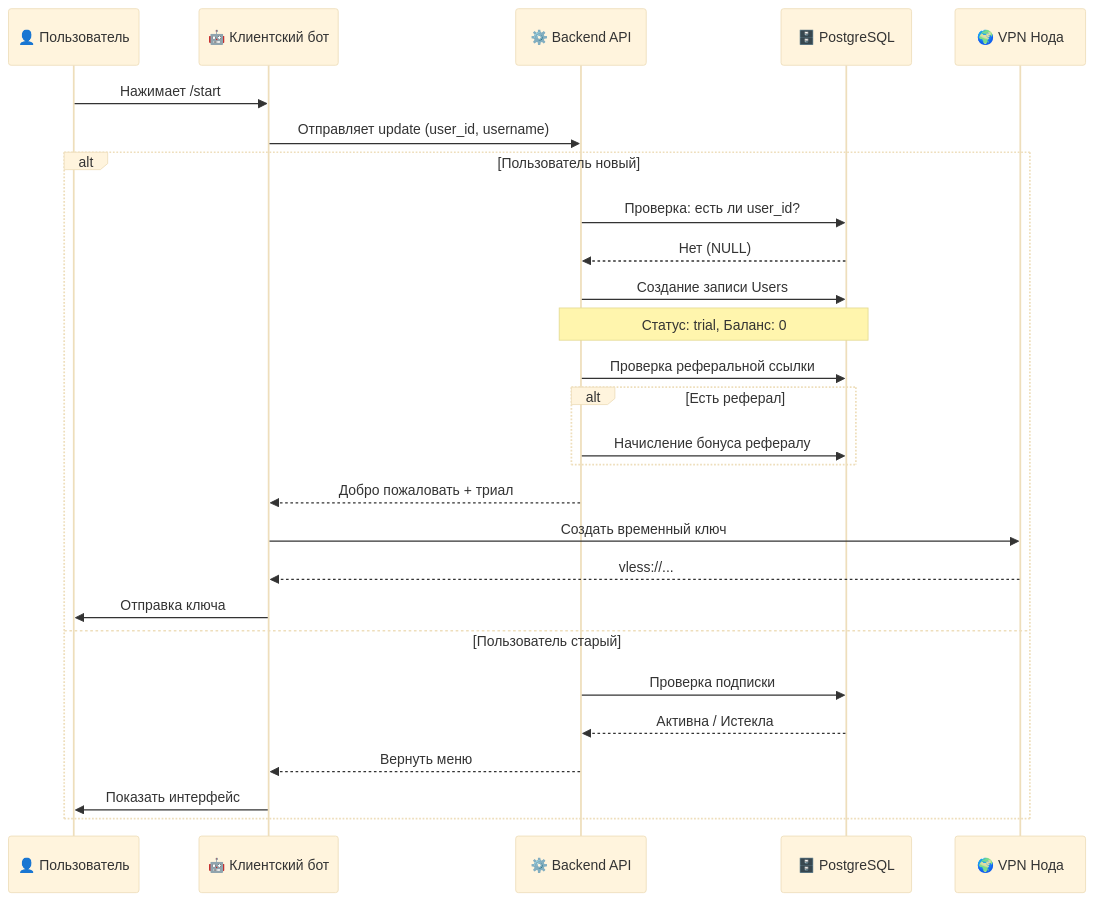
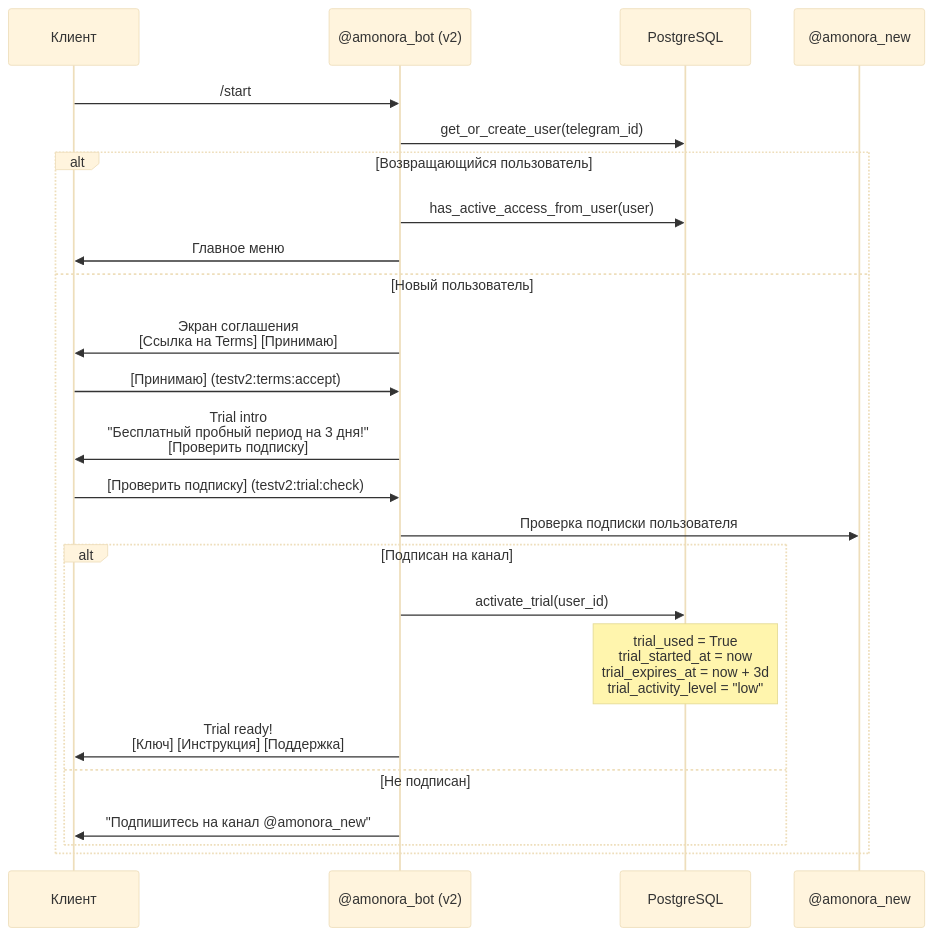
The diagram in docs/02-архитектура/потоки-данных/регистрация-и-триал.md (firefox0618/amonora), drawn with Mermaid (base theme) before and after one commit. The commit also changed other lines of this file and 62 other files, not shown here.

````diff
--- a/docs/02-архитектура/потоки-данных/регистрация-и-триал.md
+++ b/docs/02-архитектура/потоки-данных/регистрация-и-триал.md
@@ -7,34 +5,27 @@
 ```mermaid
 sequenceDiagram
-    participant User as 👤 Пользователь
-    participant Bot as 🤖 Клиентский бот
-    participant API as ⚙️ Backend API
-    participant DB as 🗄️ PostgreSQL
-    participant Node as 🌍 VPN Нода
+    participant User as Клиент
+    participant Bot as @amonora_bot (v2)
+    participant DB as PostgreSQL
+    participant Channel as @amonora_new
 
-    User->>Bot: Нажимает /start
-    Bot->>API: Отправляет update (user_id, username)
-    
-    alt Пользователь новый
-        API->>DB: Проверка: есть ли user_id?
-        DB-->>API: Нет (NULL)
-        
-        API->>DB: Создание записи Users
-        Note over API,DB: Статус: trial, Баланс: 0
-        
-        API->>DB: Проверка реферальной ссылки
-        alt Есть реферал
-            API->>DB: Начисление бонуса рефералу
+    User->>Bot: /start
+    Bot->>DB: get_or_create_user(telegram_id)
+    alt Возвращающийся пользователь
+        Bot->>DB: has_active_access_from_user(user)
+        Bot->>User: Главное меню
+    else Новый пользователь
+        Bot->>User: Экран соглашения<br/>[Ссылка на Terms] [Принимаю]
+        User->>Bot: [Принимаю] (testv2:terms:accept)
+        Bot->>User: Trial intro<br/>"Бесплатный пробный период на 3 дня!"<br/>[Проверить подписку]
+        User->>Bot: [Проверить подписку] (testv2:trial:check)
+        Bot->>Channel: Проверка подписки пользователя
+        alt Подписан на канал
+            Bot->>DB: activate_trial(user_id)
+            Note over DB: trial_used = True<br/>trial_started_at = now<br/>trial_expires_at = now + 3d<br/>trial_activity_level = "low"
+            Bot->>User: Trial ready!<br/>[Ключ] [Инструкция] [Поддержка]
+        else Не подписан
+            Bot->>User: "Подпишитесь на канал @amonora_new"
         end
-        
-        API-->>Bot: Добро пожаловать + триал
-        Bot->>Node: Создать временный ключ
-        Node-->>Bot: vless://...
-        Bot->>User: Отправка ключа
-    else Пользователь старый
-        API->>DB: Проверка подписки
-        DB-->>API: Активна / Истекла
-        API-->>Bot: Вернуть меню
-        Bot->>User: Показать интерфейс
     end
 ```
````
